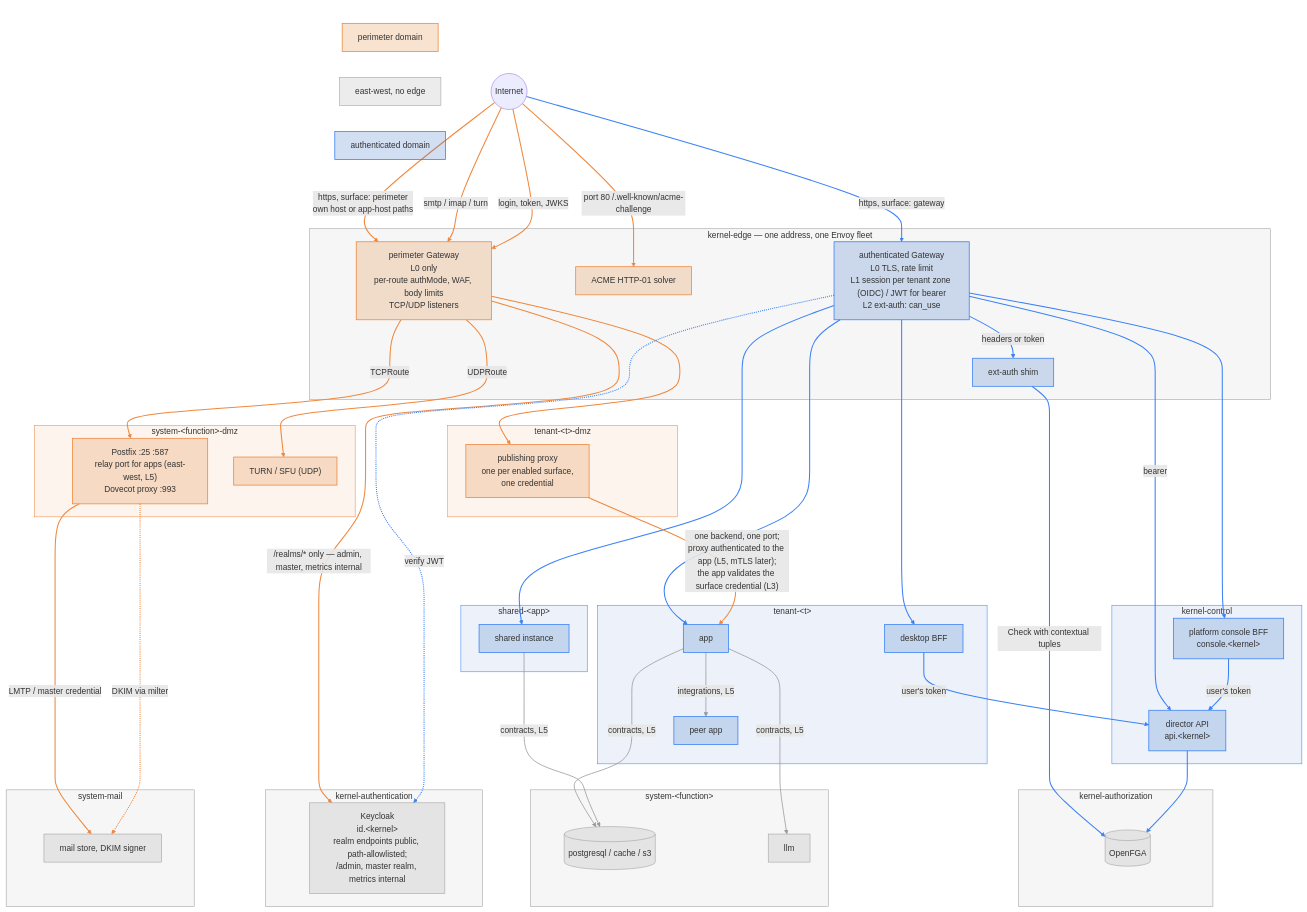
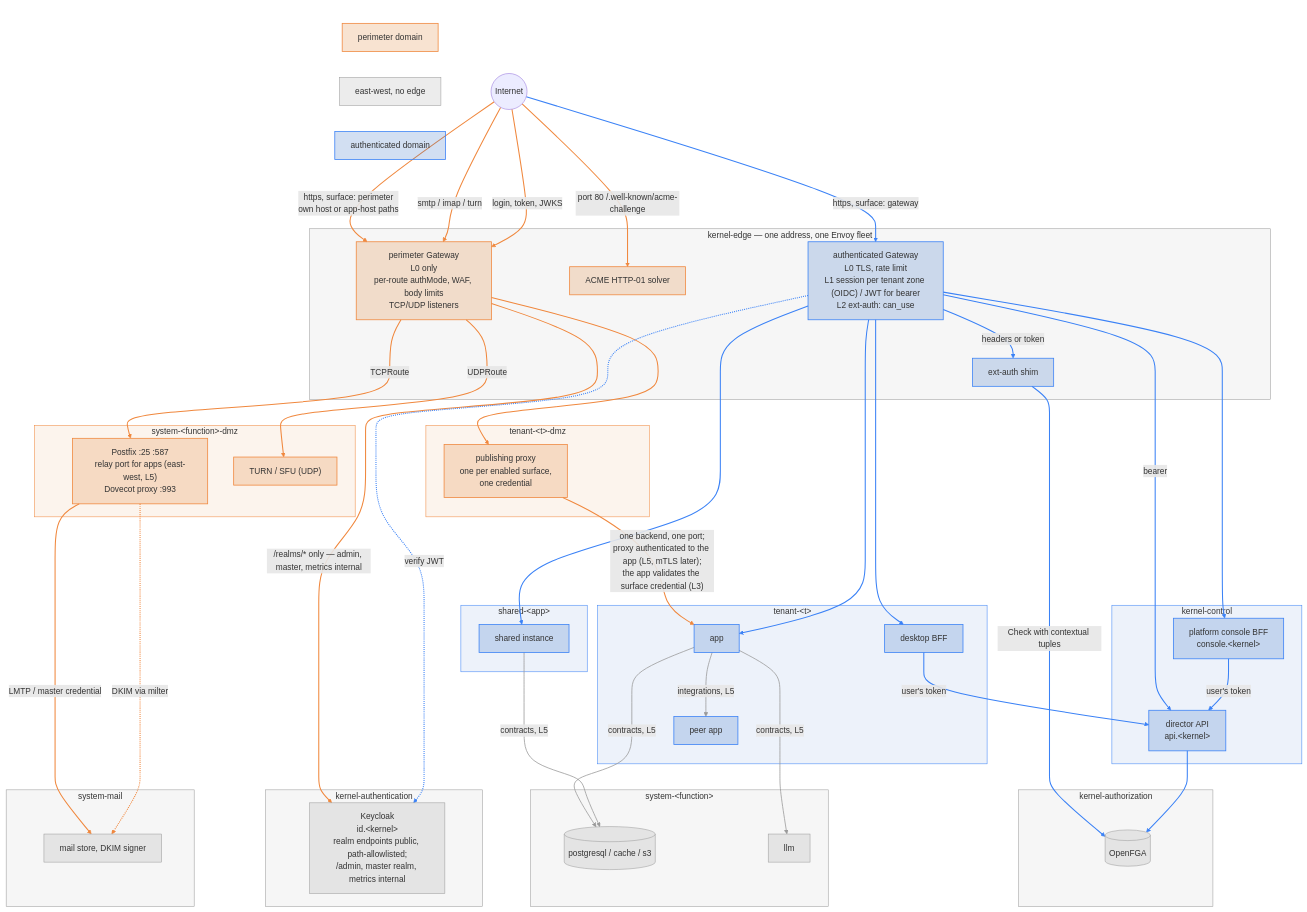
Before and after one commit to gentian-org/gentian-os: the diagram in docs/plans/networking.md, drawn with Mermaid.

Commit message:
docs(networking): orange arrow enters the app from the left

````diff
--- a/docs/plans/networking.md
+++ b/docs/plans/networking.md
@@ -121,7 +121,6 @@
     AG -->|"headers or token"| SHIM
     SHIM -->|"Check with contextual tuples"| FGA
     AG --> DESK
-    AG --> APP
     AG --> SAPP
     AG --> CON
     AG -->|"bearer"| DIR
@@ -143,6 +142,7 @@
     MTA -->|"LMTP / master credential"| STORE
     MTA -. "DKIM via milter" .-> STORE
     PX -->|"one backend, one port;<br/>proxy authenticated to the app (L5, mTLS later);<br/>the app validates the surface credential (L3)"| APP
+    AG --> APP
     AG -. "verify JWT" .-> KC
 
     %% invisible edges fix the rows: 3 = both DMZs, 4 = tenant / shared / kernel-control, 5 = the grey boxes.
@@ -182,7 +182,7 @@
     style SYS fill:#80808012,stroke:#9a9a9a
     style SMAIL fill:#80808012,stroke:#9a9a9a
     style LEGEND fill:none,stroke:none
-    linkStyle 15,16,17,18,19,20,21,22,23,24,25 stroke:#f0883e,stroke-width:2px
-    linkStyle 0,1,2,3,4,5,6,7,8,9,10,26 stroke:#3b82f6,stroke-width:2px
-    linkStyle 11,12,13,14 stroke:#9a9a9a,stroke-width:1.5px
+    linkStyle 14,15,16,17,18,19,20,21,22,23,24 stroke:#f0883e,stroke-width:2px
+    linkStyle 0,1,2,3,4,5,6,7,8,9,25,26 stroke:#3b82f6,stroke-width:2px
+    linkStyle 10,11,12,13 stroke:#9a9a9a,stroke-width:1.5px
 ```
````
